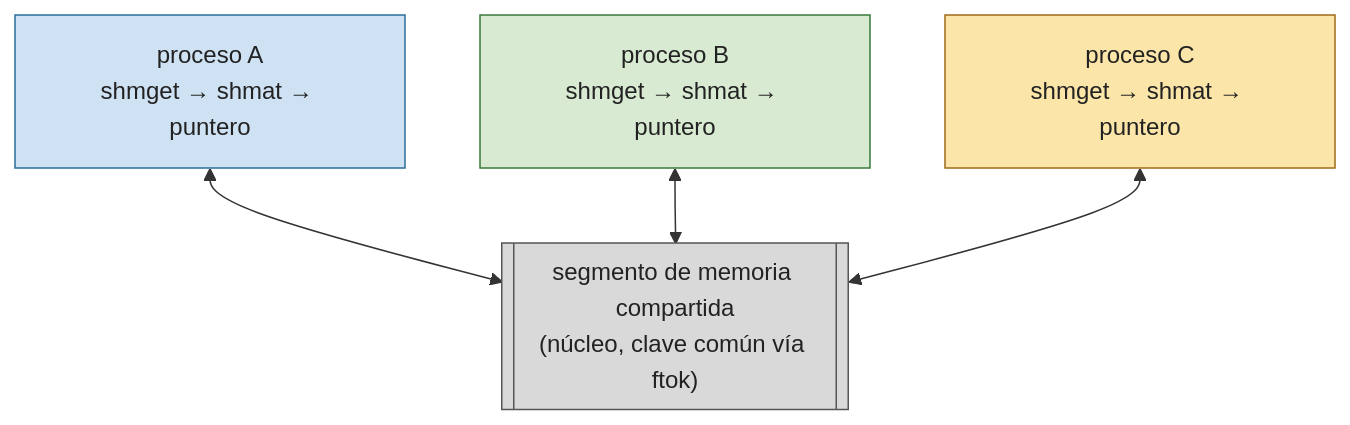
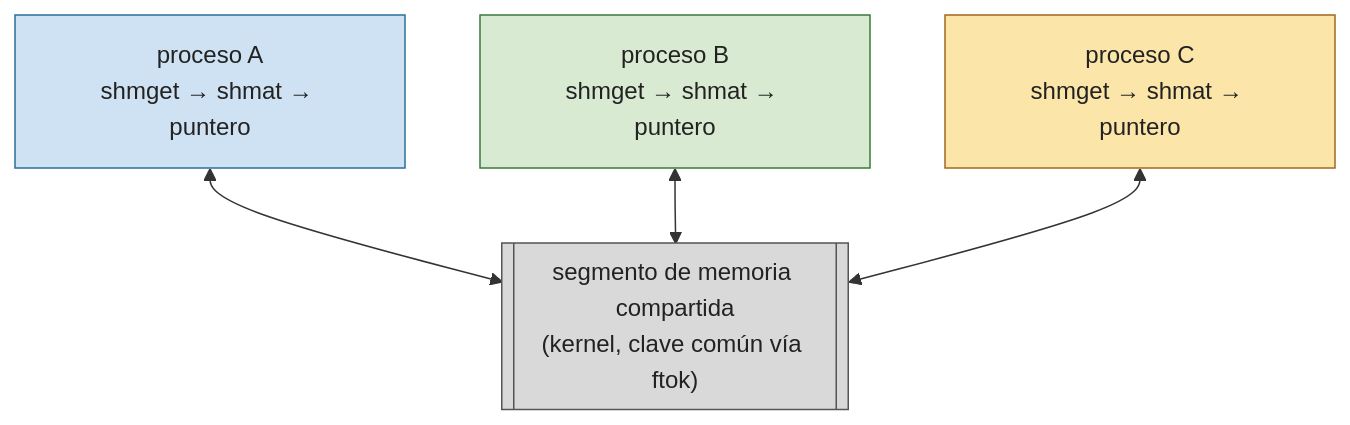
The first of 2 diagrams in PRACTICA/06-memoria-compartida-y-semaforos/README.md (asiermarzo/ssoo), drawn with Mermaid before and after one commit. The commit also changed other lines of this file and 18 other files, not shown here.

````diff
--- a/PRACTICA/06-memoria-compartida-y-semaforos/README.md
+++ b/PRACTICA/06-memoria-compartida-y-semaforos/README.md
@@ -32,17 +32,17 @@
 ```mermaid
 flowchart TD
-    SEG[["segmento de memoria compartida<br/>(núcleo, clave común vía ftok)"]]
+    SEG[["segmento de memoria compartida<br/>(kernel, clave común vía ftok)"]]
     A["proceso A<br/>shmget → shmat → puntero"] <--> SEG
     B["proceso B<br/>shmget → shmat → puntero"] <--> SEG
     C["proceso C<br/>shmget → shmat → puntero"] <--> SEG
 
     classDef nucleo fill:#d9d9d9,stroke:#555,color:#222;
     classDef procA fill:#cfe2f3,stroke:#2b6f99,color:#222;
     classDef procB fill:#d9ead3,stroke:#3a7a3a,color:#222;
     classDef procC fill:#fce5a8,stroke:#a06a1a,color:#222;
 
     class SEG nucleo;
     class A procA;
     class B procB;
     class C procC;
 ```
````
